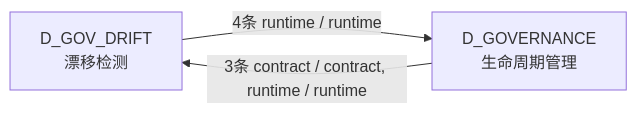
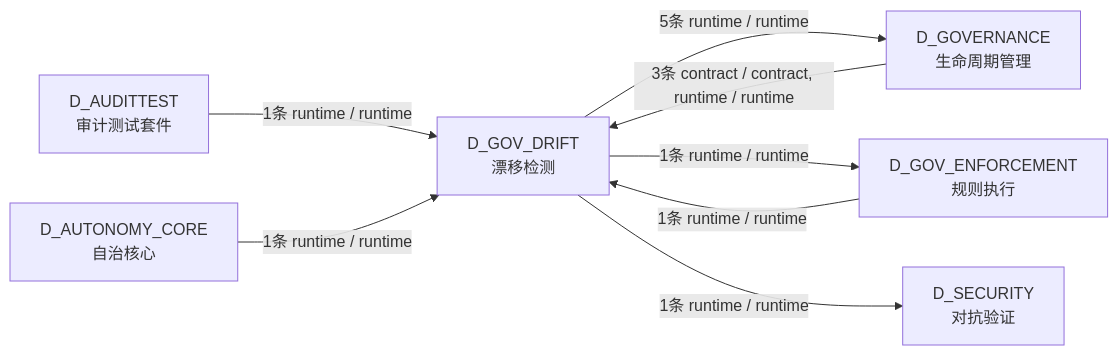
One commit to xuanFelixVan/ZephyrAlpha changed the third of 3 diagrams in docs/02_enterprise_architecture/02_domain_architecture_docs/34_d_gov_drift.md. Above: the diagram before and after it, drawn with Mermaid. The commit also changed other lines of this file and 100 other files, not shown here.

````diff
--- a/docs/02_enterprise_architecture/02_domain_architecture_docs/34_d_gov_drift.md
+++ b/docs/02_enterprise_architecture/02_domain_architecture_docs/34_d_gov_drift.md
@@ -145,7 +173,16 @@
 ```mermaid
 graph LR
     D_GOV_DRIFT["D_GOV_DRIFT<br/>漂移检测"]
     D_GOVERNANCE["D_GOVERNANCE<br/>生命周期管理"]
-    D_GOV_DRIFT -->|4条 runtime / runtime| D_GOVERNANCE
+    D_GOV_ENFORCEMENT["D_GOV_ENFORCEMENT<br/>规则执行"]
+    D_SECURITY["D_SECURITY<br/>对抗验证"]
+    D_AUDITTEST["D_AUDITTEST<br/>审计测试套件"]
+    D_AUTONOMY_CORE["D_AUTONOMY_CORE<br/>自治核心"]
+    D_GOV_DRIFT -->|5条 runtime / runtime| D_GOVERNANCE
+    D_GOV_DRIFT -->|1条 runtime / runtime| D_GOV_ENFORCEMENT
+    D_GOV_DRIFT -->|1条 runtime / runtime| D_SECURITY
     D_GOVERNANCE -->|3条 contract / contract, runtime / runtime| D_GOV_DRIFT
+    D_AUDITTEST -->|1条 runtime / runtime| D_GOV_DRIFT
+    D_AUTONOMY_CORE -->|1条 runtime / runtime| D_GOV_DRIFT
+    D_GOV_ENFORCEMENT -->|1条 runtime / runtime| D_GOV_DRIFT
 ```
````
